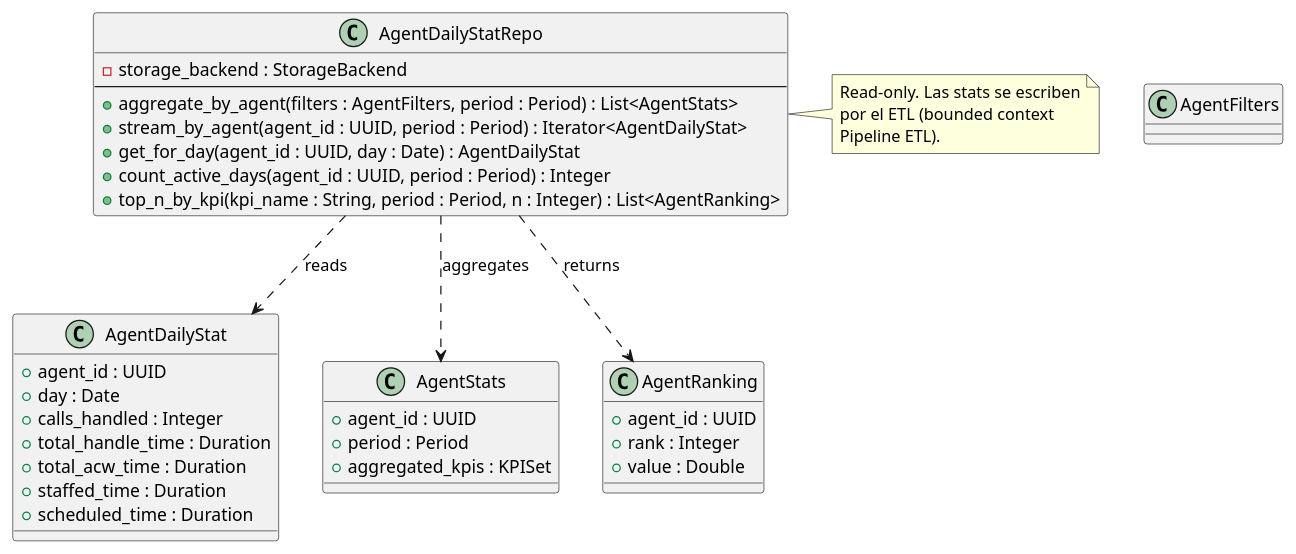
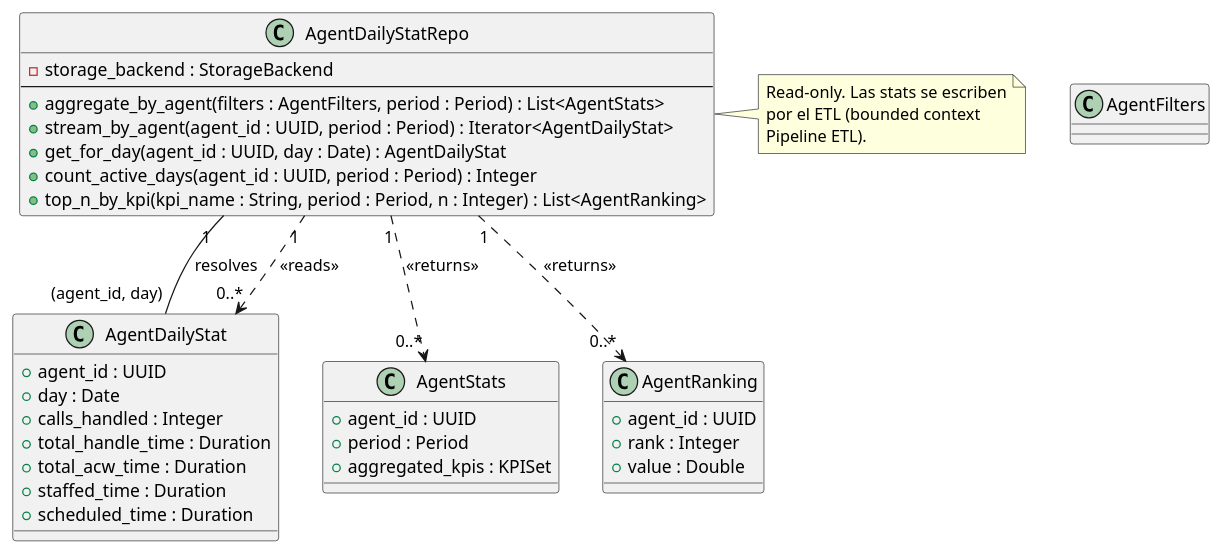
The diagram in source/arquitectura-tecnica/domain-model/agent-daily-stat-repo.rst (jcg-admin/IACT-docs), drawn with PlantUML before and after one commit. The commit also changed 27 other files, not shown here.

First line of the commit message:
Apply UML rigor pass batch 2: Audit + Alerts + RBAC repos

```diff
--- a/source/arquitectura-tecnica/domain-model/agent-daily-stat-repo.rst
+++ b/source/arquitectura-tecnica/domain-model/agent-daily-stat-repo.rst
@@ -30,51 +30,52 @@
 .. uml::
  :caption: Clase AgentDailyStatRepo — repo de lectura
            con agregación + stream.
 
  @startuml
 
  class AgentDailyStatRepo {
    - storage_backend : StorageBackend
    --
    + aggregate_by_agent(filters : AgentFilters, period : Period) : List<AgentStats>
    + stream_by_agent(agent_id : UUID, period : Period) : Iterator<AgentDailyStat>
    + get_for_day(agent_id : UUID, day : Date) : AgentDailyStat
    + count_active_days(agent_id : UUID, period : Period) : Integer
    + top_n_by_kpi(kpi_name : String, period : Period, n : Integer) : List<AgentRanking>
  }
 
  class AgentDailyStat {
    + agent_id : UUID
    + day : Date
    + calls_handled : Integer
    + total_handle_time : Duration
    + total_acw_time : Duration
    + staffed_time : Duration
    + scheduled_time : Duration
  }
 
  class AgentStats {
    + agent_id : UUID
    + period : Period
    + aggregated_kpis : KPISet
  }
 
  class AgentRanking {
    + agent_id : UUID
    + rank : Integer
    + value : Double
  }
 
  class AgentFilters
 
- AgentDailyStatRepo ..> AgentDailyStat : reads
- AgentDailyStatRepo ..> AgentStats : aggregates
- AgentDailyStatRepo ..> AgentRanking : returns
+ AgentDailyStatRepo "1" -- "(agent_id, day)" AgentDailyStat : resolves
+ AgentDailyStatRepo "1" ..> "0..*" AgentDailyStat : <<reads>>
+ AgentDailyStatRepo "1" ..> "0..*" AgentStats : <<returns>>
+ AgentDailyStatRepo "1" ..> "0..*" AgentRanking : <<returns>>
 
  note right of AgentDailyStatRepo
    Read-only. Las stats se escriben
    por el ETL (bounded context
    Pipeline ETL).
  end note
 
  @enduml
```
